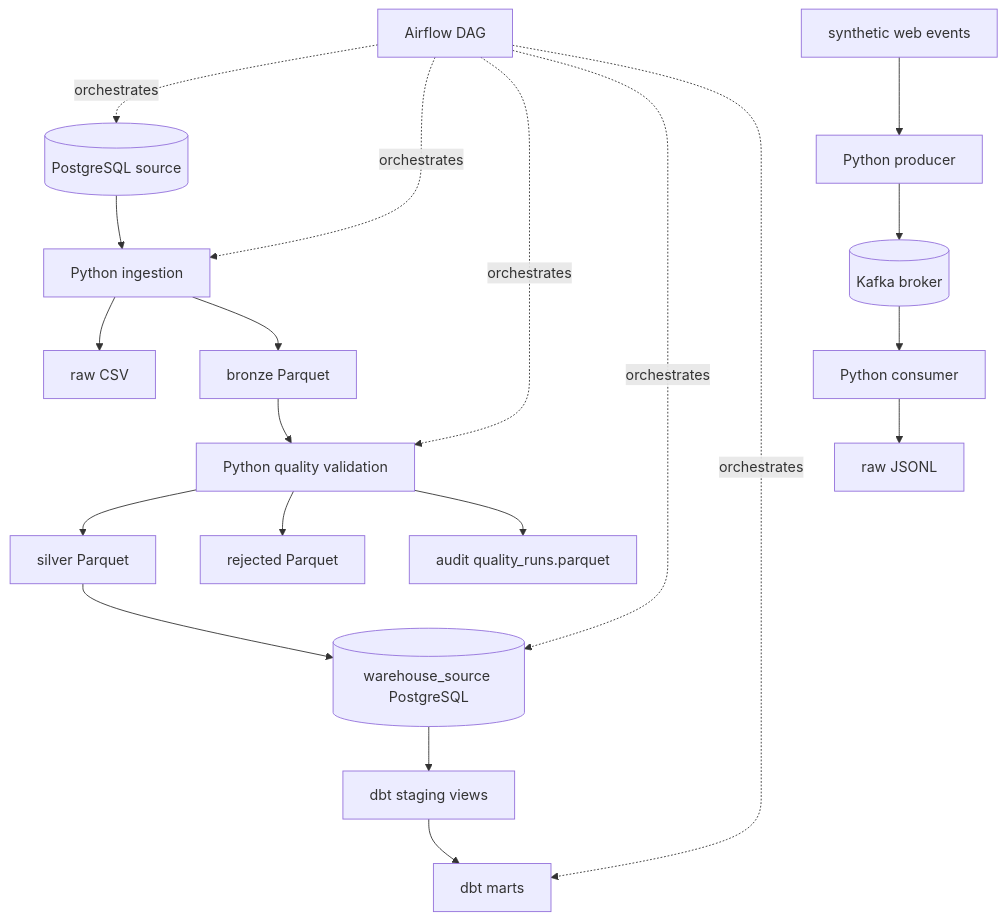
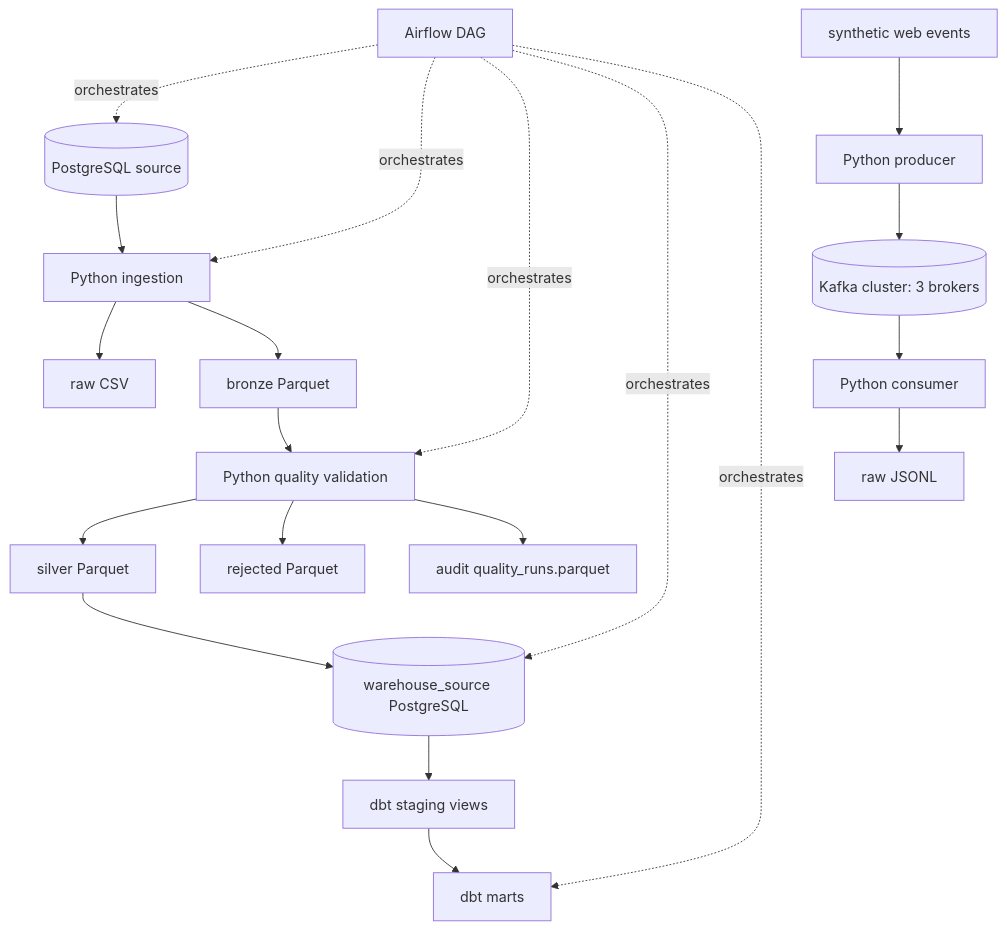
Before and after one commit to davidhidsan-dev/retailpulse-data-platform: the first of 2 diagrams in docs/architecture.md, drawn with Mermaid. The commit also changed other lines of this file and 9 other files, not shown here.

Commit message:
feat: add replicated Kafka cluster failover demo

````diff
--- a/docs/architecture.md
+++ b/docs/architecture.md
@@ -11,40 +11,40 @@
 ```mermaid
 flowchart TD
     source[(PostgreSQL source)]
     ingestion[Python ingestion]
     raw[raw CSV]
     bronze[bronze Parquet]
     quality[Python quality validation]
     silver[silver Parquet]
     rejected[rejected Parquet]
     audit[audit quality_runs.parquet]
     warehouse[(warehouse_source PostgreSQL)]
     staging[dbt staging views]
     marts[dbt marts]
     airflow[Airflow DAG]
     web_events[synthetic web events]
     producer[Python producer]
-    kafka[(Kafka broker)]
+    kafka[(Kafka cluster: 3 brokers)]
     consumer[Python consumer]
     event_raw[raw JSONL]
 
     source --> ingestion
     ingestion --> raw
     ingestion --> bronze
     bronze --> quality
     quality --> silver
     quality --> rejected
     quality --> audit
     silver --> warehouse
     warehouse --> staging
     staging --> marts
     airflow -. orchestrates .-> source
     airflow -. orchestrates .-> ingestion
     airflow -. orchestrates .-> quality
     airflow -. orchestrates .-> warehouse
     airflow -. orchestrates .-> marts
     web_events --> producer
     producer --> kafka
     kafka --> consumer
     consumer --> event_raw
 ```
````
